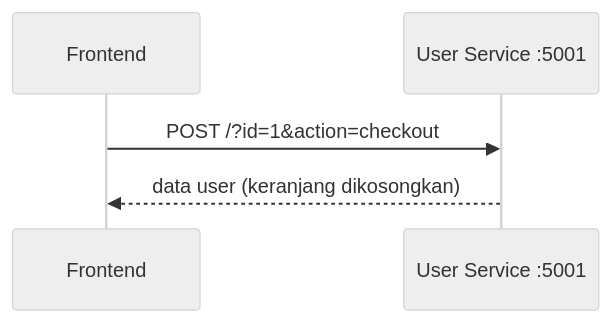
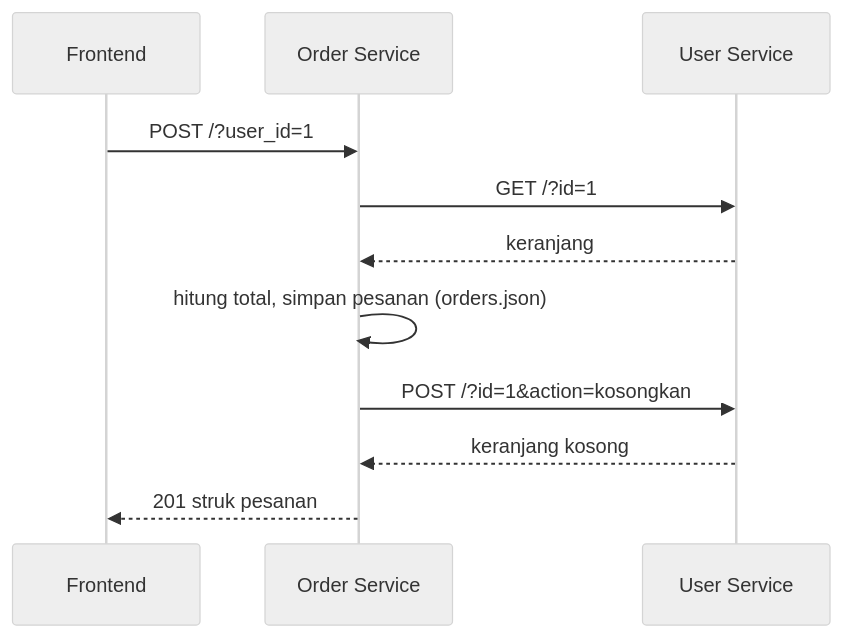
The fourth of 5 diagrams in web-microservice-native/docs/arsitektur.md (bijiapel139-zka/project-microservices), drawn with Mermaid (neutral theme) before and after one commit. The commit also changed other lines of this file, not shown here.

First line of the commit message:
Revise architecture documentation for microservices

````diff
--- a/web-microservice-native/docs/arsitektur.md
+++ b/web-microservice-native/docs/arsitektur.md
@@ -63,7 +75,13 @@
 ```mermaid
 sequenceDiagram
     participant F as Frontend
-    participant U as User Service :5001
-    F->>U: POST /?id=1&action=checkout
-    U-->>F: data user (keranjang dikosongkan)
+    participant O as Order Service
+    participant U as User Service
+    F->>O: POST /?user_id=1
+    O->>U: GET /?id=1
+    U-->>O: keranjang
+    O->>O: hitung total, simpan pesanan (orders.json)
+    O->>U: POST /?id=1&action=kosongkan
+    U-->>O: keranjang kosong
+    O-->>F: 201 struk pesanan
 ```
````
